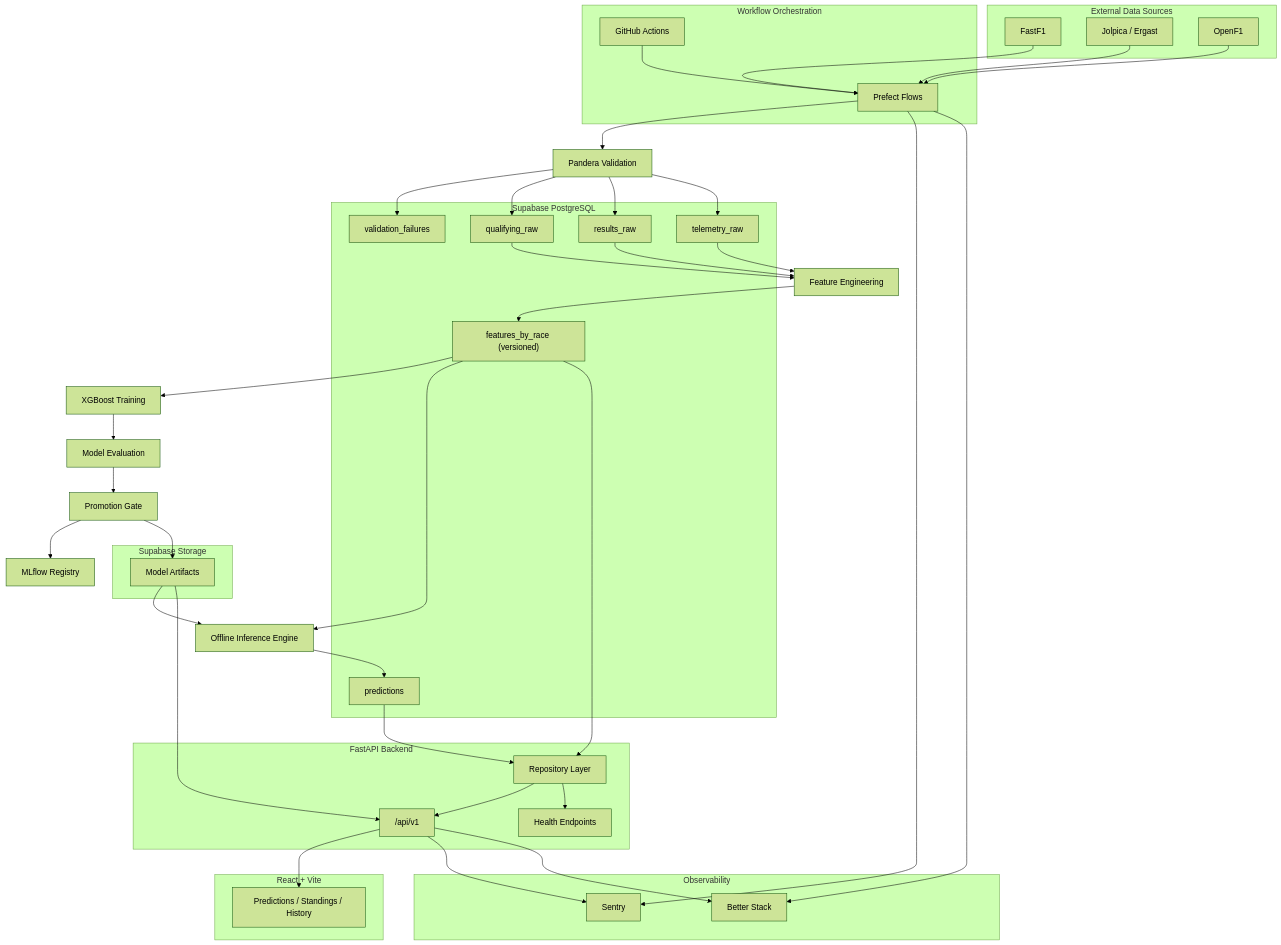
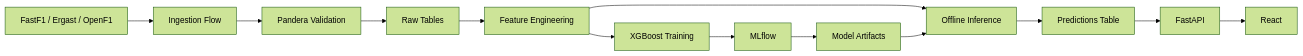
One commit to Maverick7t/raceprediction changed the third of 5 diagrams in readme.md. Above: the diagram before and after it, drawn with Mermaid (forest theme). The commit also changed other lines of this file, not shown here.

````diff
--- a/readme.md
+++ b/readme.md
@@ -25,129 +91,45 @@
 ```mermaid
-flowchart TB
+flowchart LR
 
-    %% =========================
-    %% External Data Sources
-    %% =========================
-    subgraph External_APIs["External Data Sources"]
-        FastF1["FastF1"]
-        Ergast["Jolpica / Ergast"]
-        OpenF1["OpenF1"]
-    end
+    APIs["FastF1 / Ergast / OpenF1"]
 
-    %% =========================
-    %% Orchestration
-    %% =========================
-    subgraph Orchestration["Workflow Orchestration"]
-        GHA["GitHub Actions"]
-        Prefect["Prefect Flows"]
-    end
+    Ingestion["Ingestion Flow"]
 
-    GHA --> Prefect
+    Validation["Pandera Validation"]
 
-    FastF1 --> Prefect
-    Ergast --> Prefect
-    OpenF1 --> Prefect
+    Raw["Raw Tables"]
 
-    %% =========================
-    %% Validation
-    %% =========================
-    Prefect --> Validation["Pandera Validation"]
+    Features["Feature Engineering"]
 
-    Validation --> ValidationFailures["validation_failures"]
+    Training["XGBoost Training"]
 
-    %% =========================
-    %% Raw Storage
-    %% =========================
-    Validation --> Qualifying["qualifying_raw"]
-    Validation --> Results["results_raw"]
-    Validation --> Telemetry["telemetry_raw"]
+    Registry["MLflow"]
 
-    %% =========================
-    %% Database
-    %% =========================
-    subgraph Supabase["Supabase PostgreSQL"]
-        Qualifying
-        Results
-        Telemetry
-        ValidationFailures
-        Features["features_by_race (versioned)"]
-        Predictions["predictions"]
-    end
+    Artifacts["Model Artifacts"]
 
-    %% =========================
-    %% Feature Engineering
-    %% =========================
-    Qualifying --> FeaturePipeline["Feature Engineering"]
-    Results --> FeaturePipeline
-    Telemetry --> FeaturePipeline
+    Inference["Offline Inference"]
 
-    FeaturePipeline --> Features
+    Predictions["Predictions Table"]
 
-    %% =========================
-    %% ML Training
-    %% =========================
-    Features --> Trainer["XGBoost Training"]
+    API["FastAPI"]
 
-    Trainer --> Metrics["Model Evaluation"]
-    Metrics --> Promotion["Promotion Gate"]
+    Frontend["React"]
 
-    Promotion --> MLflow["MLflow Registry"]
+    APIs --> Ingestion
+    Ingestion --> Validation
+    Validation --> Raw
 
-    Promotion --> Artifacts["Model Artifacts"]
+    Raw --> Features
 
-    %% =========================
-    %% Artifact Storage
-    %% =========================
-    subgraph Storage["Supabase Storage"]
-        Artifacts
-    end
+    Features --> Training
+    Training --> Registry
+    Registry --> Artifacts
 
-    %% =========================
-    %% Offline Inference
-    %% =========================
-    Features --> Inference["Offline Inference Engine"]
-
+    Features --> Inference
     Artifacts --> Inference
 
     Inference --> Predictions
 
-    %% =========================
-    %% API Layer
-    %% =========================
-    subgraph Backend["FastAPI Backend"]
-        API["/api/v1"]
-        Health["Health Endpoints"]
-        Repositories["Repository Layer"]
-    end
-
-    Predictions --> Repositories
-    Features --> Repositories
-
-    Repositories --> API
-    Repositories --> Health
-
-    Artifacts --> API
-
-    %% =========================
-    %% Frontend
-    %% =========================
-    subgraph Frontend["React + Vite"]
-        UI["Predictions / Standings / History"]
-    end
-
-    API --> UI
-
-    %% =========================
-    %% Observability
-    %% =========================
-    subgraph Monitoring["Observability"]
-        Sentry["Sentry"]
-        BetterStack["Better Stack"]
-    end
-
-    Prefect --> Sentry
-    API --> Sentry
-
-    Prefect --> BetterStack
-    API --> BetterStack
+    Predictions --> API
+    API --> Frontend
 ```
````
